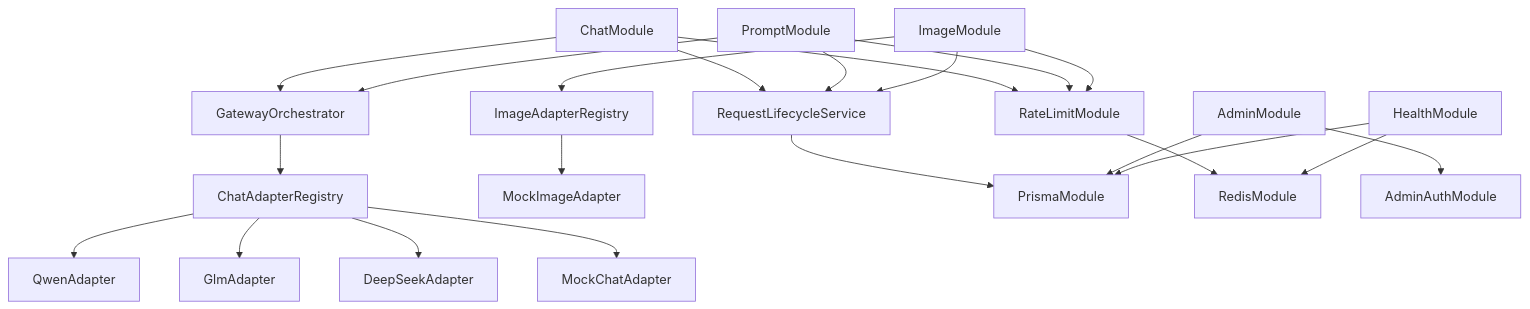
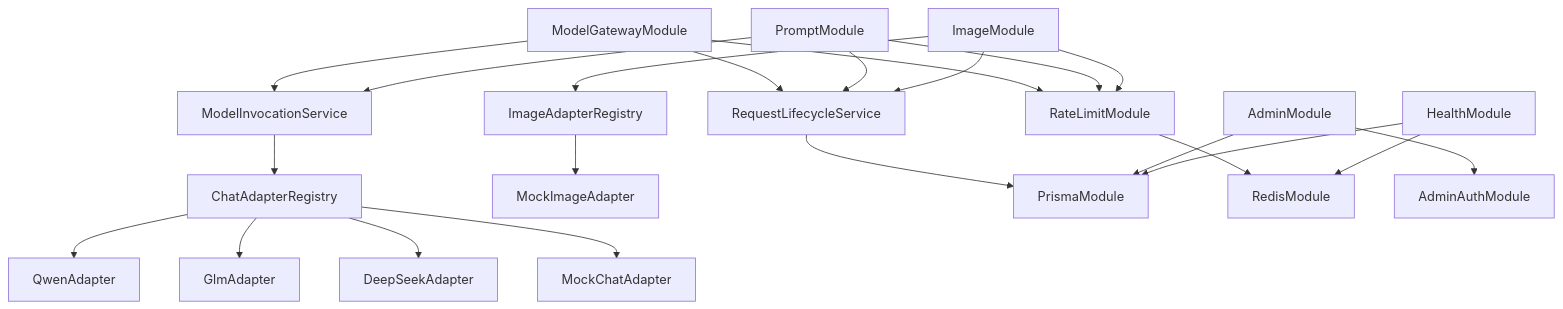
The second of 3 diagrams in openspec/changes/build-aigateway-v1/design.md (wanglsh97/super-mind-studio), drawn with Mermaid before and after one commit. The commit also changed other lines of this file and 35 other files, not shown here.

````diff
--- a/openspec/changes/build-aigateway-v1/design.md
+++ b/openspec/changes/build-aigateway-v1/design.md
@@ -77,24 +77,24 @@
 ```mermaid
 flowchart TB
-    C["ChatModule"] --> G["GatewayOrchestrator"]
+    C["ModelGatewayModule"] --> G["ModelInvocationService"]
     O["PromptModule"] --> G
     I["ImageModule"] --> IR["ImageAdapterRegistry"]
     G --> TR["ChatAdapterRegistry"]
     TR --> QA["QwenAdapter"]
     TR --> GA["GlmAdapter"]
     TR --> DA["DeepSeekAdapter"]
     TR --> MA["MockChatAdapter"]
     IR --> MI["MockImageAdapter"]
     C --> RL["RequestLifecycleService"]
     O --> RL
     I --> RL
     RL --> DB["PrismaModule"]
     C --> L["RateLimitModule"]
     O --> L
     I --> L
     L --> RD["RedisModule"]
     AD["AdminModule"] --> DB
     AD --> AU["AdminAuthModule"]
     H["HealthModule"] --> DB
     H --> RD
 ```
````
